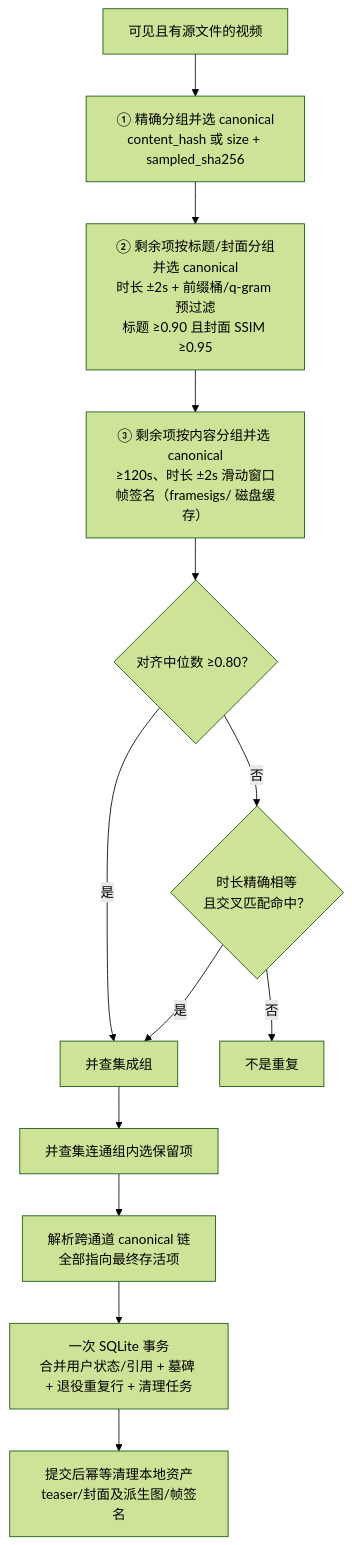
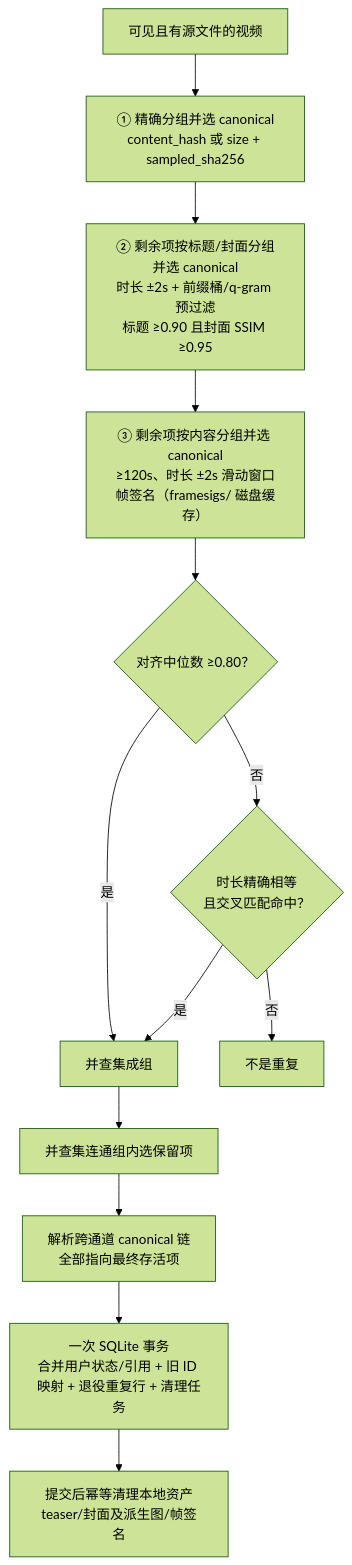
One commit to nianzhibai/91 changed the third of 3 diagrams in docs/DEDUP.md. Above: the diagram before and after it, drawn with Mermaid (forest theme). The commit also changed other lines of this file and 53 other files, not shown here.

````diff
--- a/docs/DEDUP.md
+++ b/docs/DEDUP.md
@@ -65,15 +65,15 @@
 ```mermaid
 flowchart TD
     S["可见且有源文件的视频"] --> E1["① 精确分组并选 canonical<br/>content_hash 或 size + sampled_sha256"]
     E1 --> E2["② 剩余项按标题/封面分组并选 canonical<br/>时长 ±2s + 前缀桶/q-gram 预过滤<br/>标题 ≥0.90 且封面 SSIM ≥0.95"]
     E2 --> E3["③ 剩余项按内容分组并选 canonical<br/>≥120s、时长 ±2s 滑动窗口<br/>帧签名（framesigs/ 磁盘缓存）"]
     E3 --> R1{"对齐中位数 ≥0.80？"}
     R1 -- 是 --> DUP["并查集成组"]
     R1 -- 否 --> CR{"时长精确相等<br/>且交叉匹配命中？"}
     CR -- 是 --> DUP
     CR -- 否 --> PASS["不是重复"]
     DUP --> CANON["并查集连通组内选保留项"]
     CANON --> FINAL["解析跨通道 canonical 链<br/>全部指向最终存活项"]
-    FINAL --> TX["一次 SQLite 事务<br/>合并用户状态/引用 + 墓碑 + 退役重复行 + 清理任务"]
+    FINAL --> TX["一次 SQLite 事务<br/>合并用户状态/引用 + 旧 ID 映射 + 退役重复行 + 清理任务"]
     TX --> DEL["提交后幂等清理本地资产<br/>teaser/封面及派生图/帧签名"]
 ```
````
